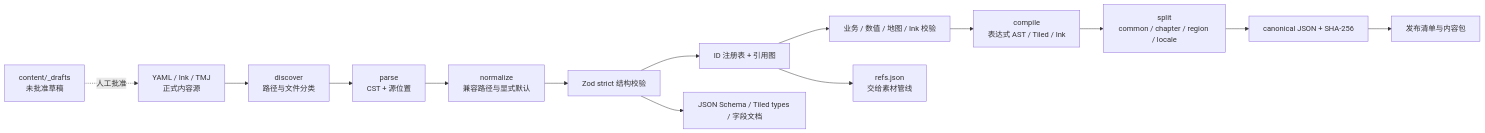
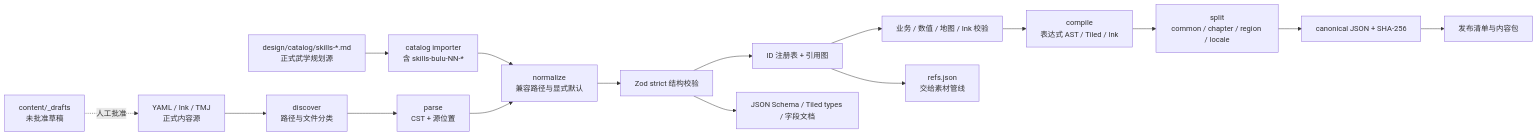
The diagram in docs/tech/04-data-pipeline.md (radarxc/jinyongqunxia), drawn with Mermaid before and after one commit. The commit also changed other lines of this file and 4 other files, not shown here.

````diff
--- a/docs/tech/04-data-pipeline.md
+++ b/docs/tech/04-data-pipeline.md
@@ -98,16 +98,18 @@
 ```mermaid
 flowchart LR
   A["YAML / Ink / TMJ\n正式内容源"] --> B["discover\n路径与文件分类"]
+  M["design/catalog/skills-*.md\n正式武学规划源"] --> MI["catalog importer\n含 skills-bulu-NN-*"]
+  MI --> N
   D["content/_drafts\n未批准草稿"] -. 人工批准 .-> A
   B --> C["parse\nCST + 源位置"]
   C --> N["normalize\n兼容路径与显式默认"]
   N --> Z["Zod strict 结构校验"]
   Z --> R["ID 注册表 + 引用图"]
   R --> V["业务 / 数值 / 地图 / Ink 校验"]
   V --> K["compile\n表达式 AST / Tiled / Ink"]
   K --> S["split\ncommon / chapter / region / locale"]
   S --> J["canonical JSON + SHA-256"]
   J --> P["发布清单与内容包"]
   R --> X["refs.json\n交给素材管线"]
   Z --> G["JSON Schema / Tiled types / 字段文档"]
 ```
````
